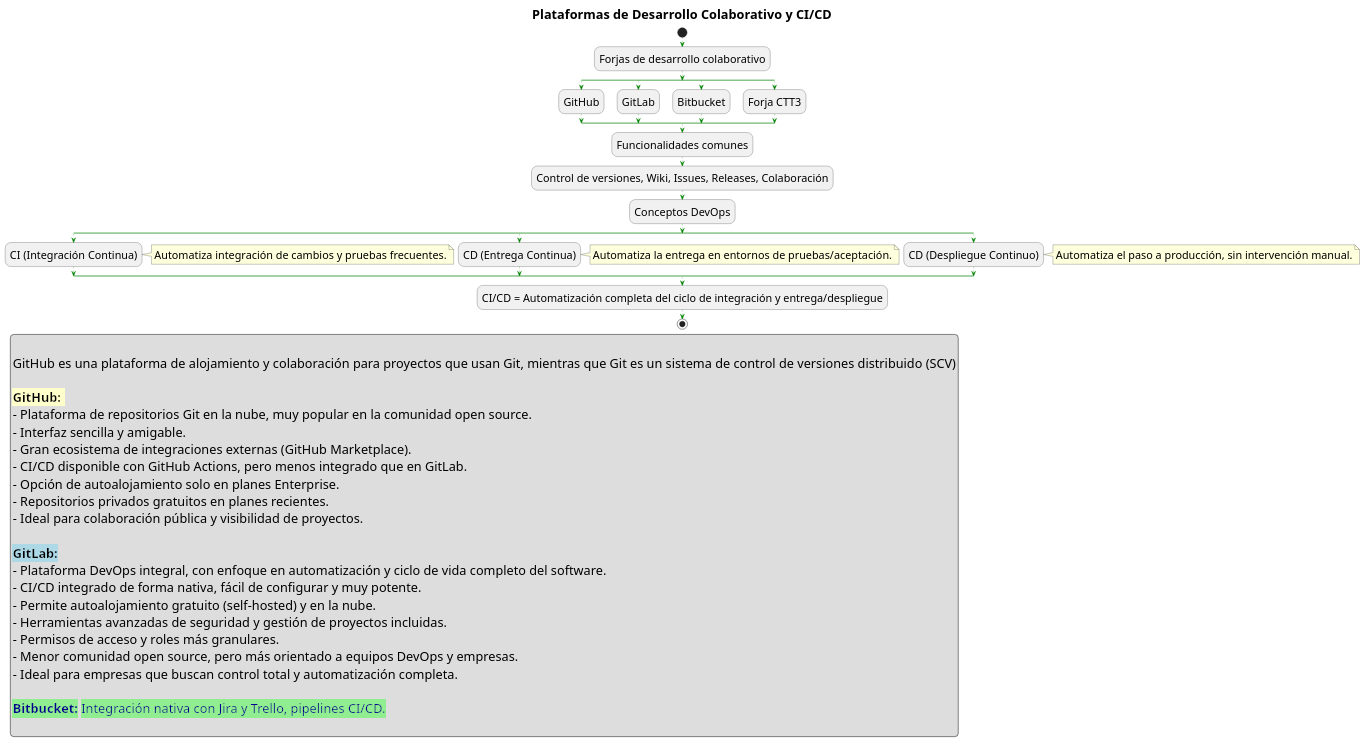
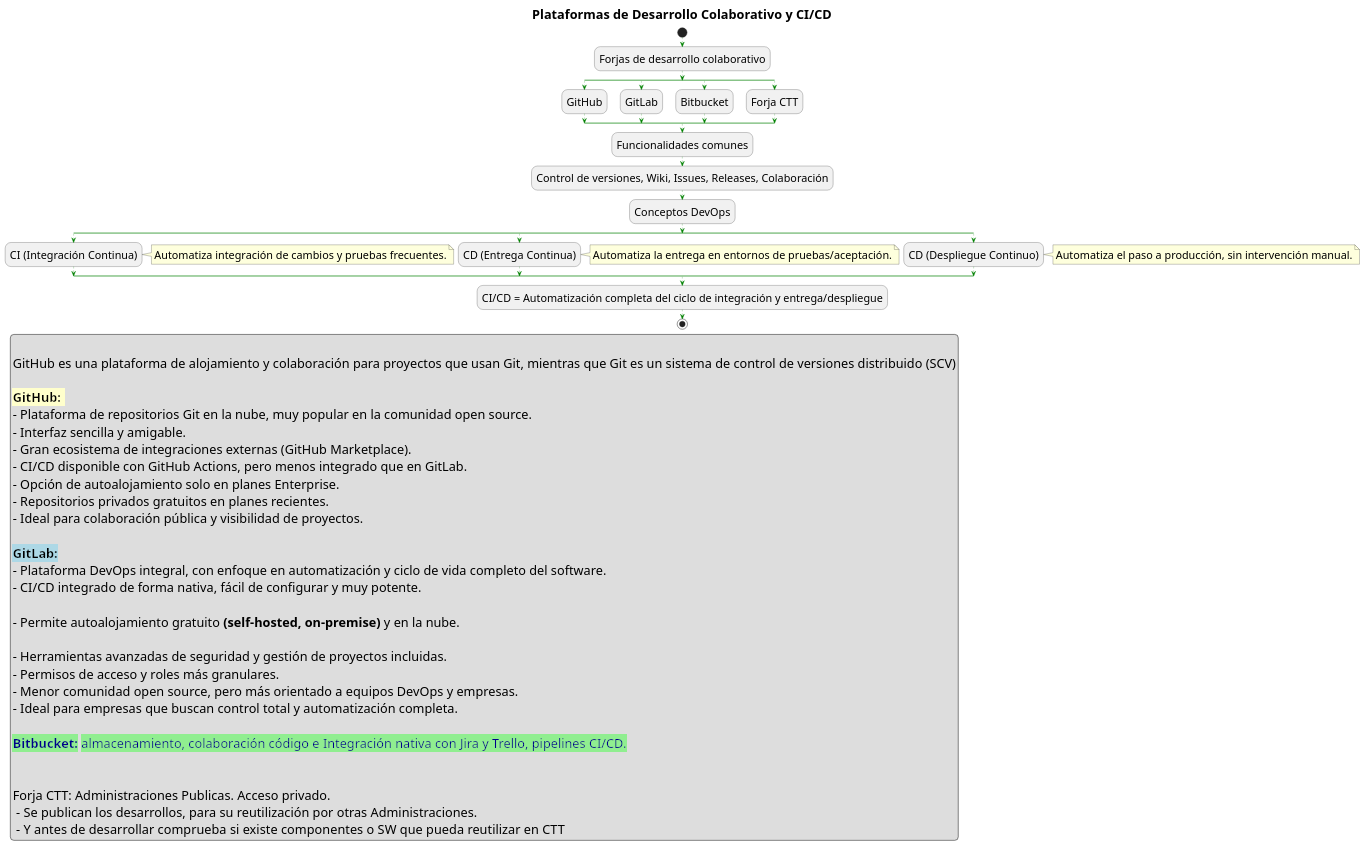
One commit to luisgomezgithub/CursoGit changed the diagram in 11.Forja_CI_CD.puml. Above: the diagram before and after it, drawn with PlantUML. The commit also changed 13 other files, not shown here.

```diff
--- a/11.Forja_CI_CD.puml
+++ b/11.Forja_CI_CD.puml
@@ -1,83 +1,89 @@
 @startuml scale=2.5
 skinparam defaultFontName "Arial"
 skinparam defaultFontSize 23
 
 <style>
 	legend {
 		FontSize 27
 		FontName Arial
 		FontColor black
 	}
     arrow {
         LineStyle 4
         LineThickness 0.5
         LineColor green
 	}
 </style>
 
 title <size:27>Plataformas de Desarrollo Colaborativo y CI/CD
 
 start
 
 :Forjas de desarrollo colaborativo;
 split
   :GitHub;
 split again
   :GitLab;
 split again
   :Bitbucket;
 split again
-  :Forja CTT3;
+  :Forja CTT;
 end split
 
 :Funcionalidades comunes;
 :Control de versiones, Wiki, Issues, Releases, Colaboración;
 
 :Conceptos DevOps;
 split
   :CI (Integración Continua);
   note right
     Automatiza integración de cambios y pruebas frecuentes.
   end note
 split again
   :CD (Entrega Continua);
   note right
     Automatiza la entrega en entornos de pruebas/aceptación.
   end note
 split again
   :CD (Despliegue Continuo);
   note right
     Automatiza el paso a producción, sin intervención manual.
   end note
 end split
 
 :CI/CD = Automatización completa del ciclo de integración y entrega/despliegue;
 
 stop
 
 legend left
 
 GitHub es una plataforma de alojamiento y colaboración para proyectos que usan Git, mientras que Git es un sistema de control de versiones distribuido (SCV)
 
 <back:BUSINESS><color black><size:27>**GitHub:** 
 - Plataforma de repositorios Git en la nube, muy popular en la comunidad open source.
 - Interfaz sencilla y amigable.
 - Gran ecosistema de integraciones externas (GitHub Marketplace).
 - CI/CD disponible con GitHub Actions, pero menos integrado que en GitLab.
 - Opción de autoalojamiento solo en planes Enterprise.
 - Repositorios privados gratuitos en planes recientes.
 - Ideal para colaboración pública y visibilidad de proyectos.
 
 <back:LightBlue><color black><size:27>**GitLab:**
 - Plataforma DevOps integral, con enfoque en automatización y ciclo de vida completo del software.
 - CI/CD integrado de forma nativa, fácil de configurar y muy potente.
-- Permite autoalojamiento gratuito (self-hosted) y en la nube.
+
+- Permite autoalojamiento gratuito **(self-hosted, on-premise)** y en la nube.
+
 - Herramientas avanzadas de seguridad y gestión de proyectos incluidas.
 - Permisos de acceso y roles más granulares.
 - Menor comunidad open source, pero más orientado a equipos DevOps y empresas.
 - Ideal para empresas que buscan control total y automatización completa.
 
-<back:lightgreen><color darkblue><size:27>**Bitbucket:** Integración nativa con Jira y Trello, pipelines CI/CD.
+<back:lightgreen><color darkblue><size:27>**Bitbucket:** almacenamiento, colaboración código e Integración nativa con Jira y Trello, pipelines CI/CD.
 
+
+Forja CTT: Administraciones Publicas. Acceso privado.
+ - Se publican los desarrollos, para su reutilización por otras Administraciones.
+ - Y antes de desarrollar  comprueba si existe componentes o SW que pueda reutilizar en CTT
 endlegend
 @enduml
```
